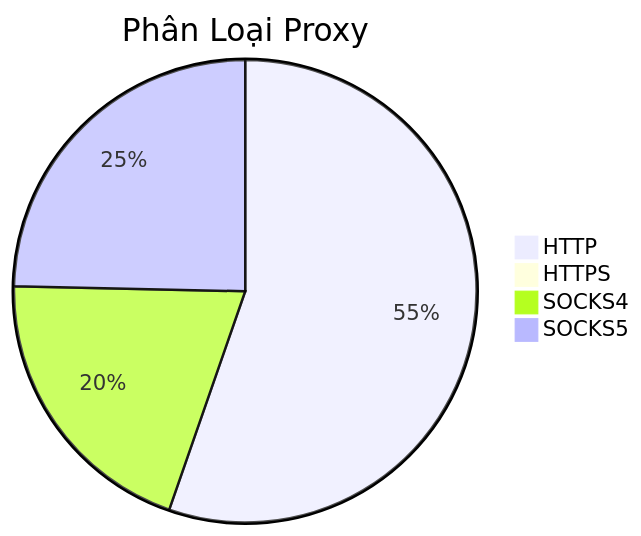
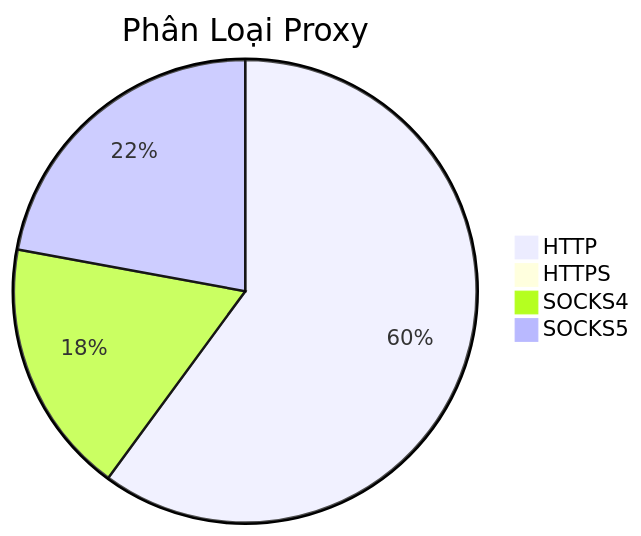
One commit to Ciara-12/PROXY-free changed the diagram in README.md. Above: the diagram before and after it, drawn with Mermaid. The commit also changed other lines of this file and 3 other files, not shown here.

````diff
--- a/README.md
+++ b/README.md
@@ -26,7 +26,7 @@
 ```mermaid
 pie title Phân Loại Proxy
-    "HTTP" : 929
+    "HTTP" : 1201
     "HTTPS" : 0
-    "SOCKS4" : 336
-    "SOCKS5" : 414
+    "SOCKS4" : 356
+    "SOCKS5" : 442
 ```
````
